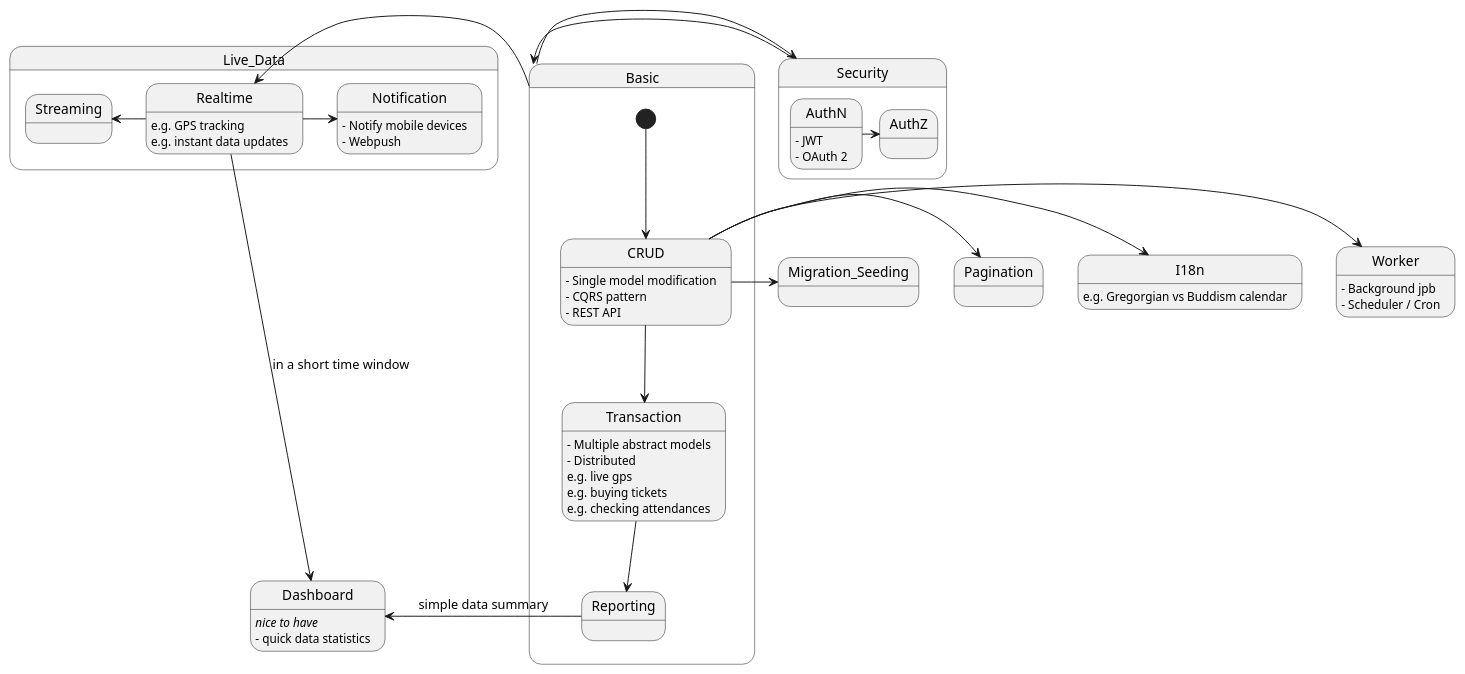
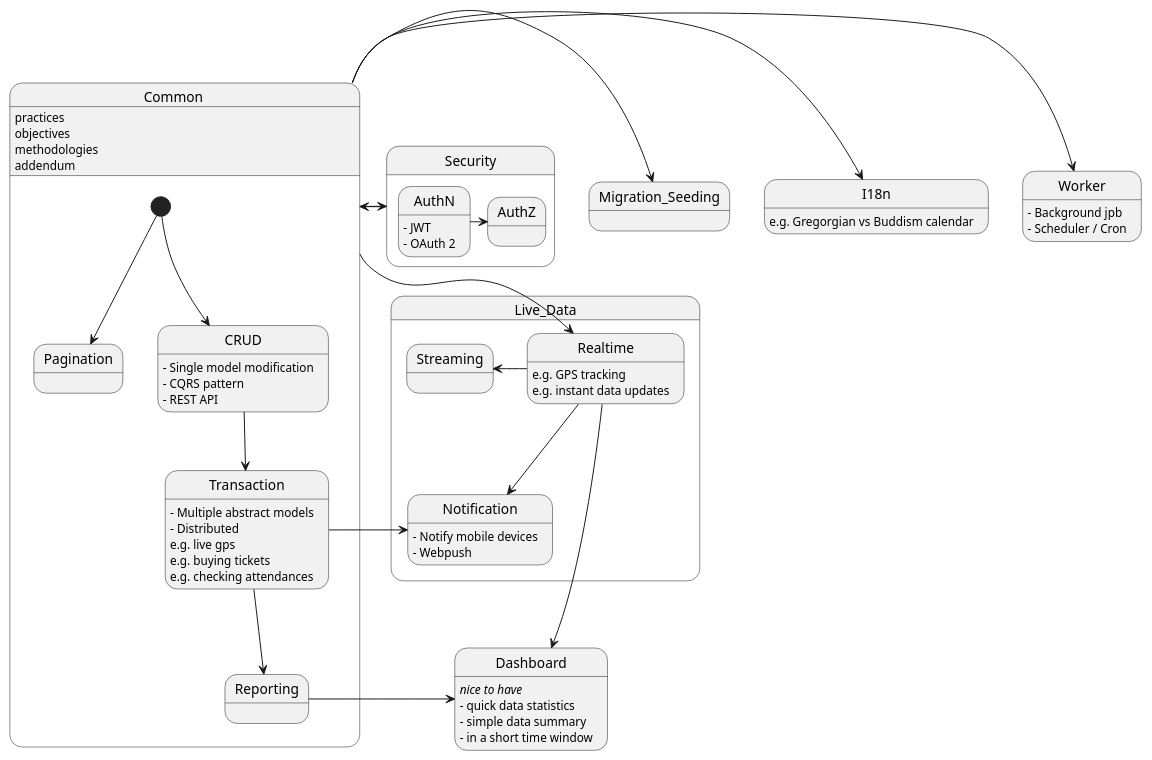
One commit to monkeydj/feon-feeder changed the diagram in common-umls/pathways.wsd. Above: the diagram before and after it, drawn with PlantUML.

Commit message:
update with structuring of each problem state

```diff
--- a/common-umls/pathways.wsd
+++ b/common-umls/pathways.wsd
@@ -1,61 +1,70 @@
 @startuml
 
 state Security {
     AuthN -> AuthZ
 }
 
-state Basic {
-    [*] --> CRUD
+state Common {
+    [*] -down-> Pagination
+    [*] -down-> CRUD
     CRUD -down-> Transaction
     Transaction -down-> Reporting
 }
 
 state Live_Data {
-    Realtime -> Notification
+    Realtime -down-> Notification
     Realtime -left-> Streaming
 }
 
-Security -left> Basic
-Basic -> Security
+Security -left-> Common
+Common -> Security
 
-CRUD -> Migration_Seeding
-CRUD -> Pagination
-CRUD -> I18n
-CRUD -> Worker
+Common -> Migration_Seeding
+Common -> I18n
+Common -> Worker
 
-Basic -> Realtime
+Transaction -> Notification
 
-Reporting -> Dashboard : simple data summary
-Realtime -> Dashboard : in a short time window
+Common -> Realtime
+
+Reporting -> Dashboard
+Realtime -> Dashboard
 
 ' problem descriptions
+
+Common : practices
+Common : objectives
+Common : methodologies
+Common : addendum
 
 CRUD : - Single model modification
 CRUD : - CQRS pattern
 CRUD : - REST API
 
 Transaction : - Multiple abstract models
 Transaction : - Distributed
 Transaction : e.g. live gps
 Transaction : e.g. buying tickets
 Transaction : e.g. checking attendances
 
 Worker : - Background jpb
 Worker : - Scheduler / Cron
 
 AuthN : - JWT
 AuthN : - OAuth 2
 
 I18n : e.g. Gregorgian vs Buddism calendar
 
 Realtime : e.g. GPS tracking
 Realtime : e.g. instant data updates 
 
 Notification : - Notify mobile devices
 Notification : - Webpush
 ' Notification : - 
 
 Dashboard : <i>nice to have</i>
 Dashboard : - quick data statistics
+Dashboard : - simple data summary
+Dashboard : - in a short time window
 
 @enduml
```
